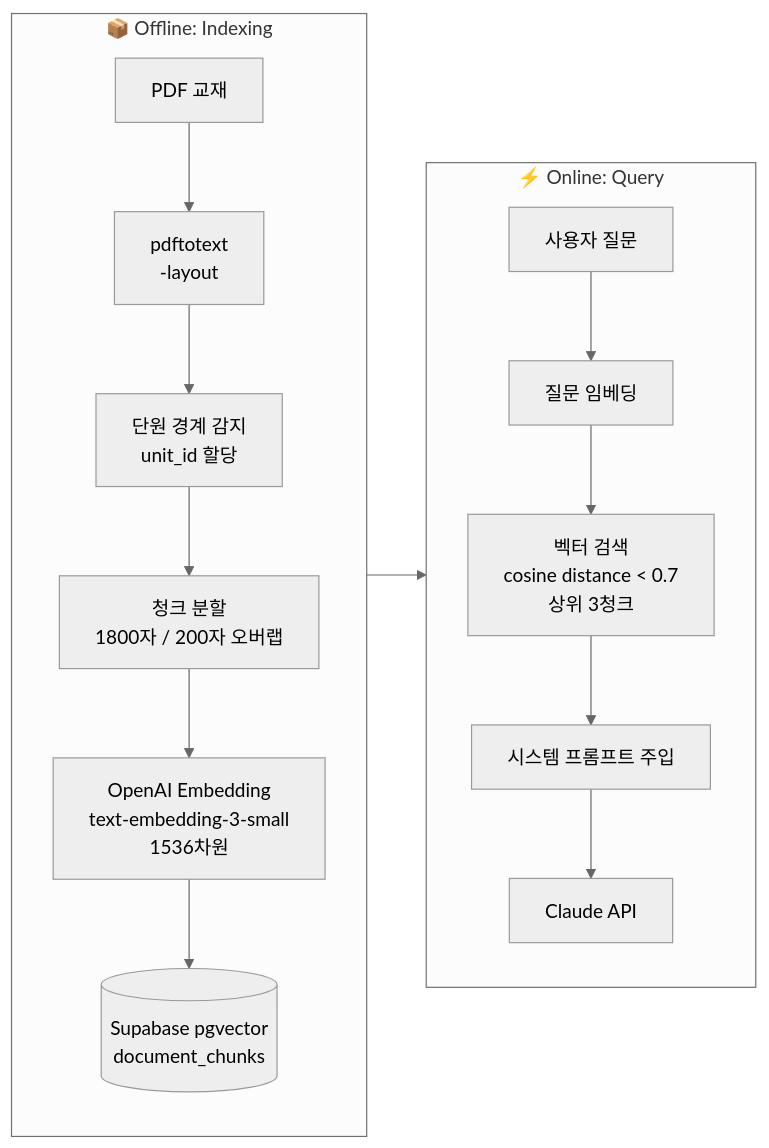
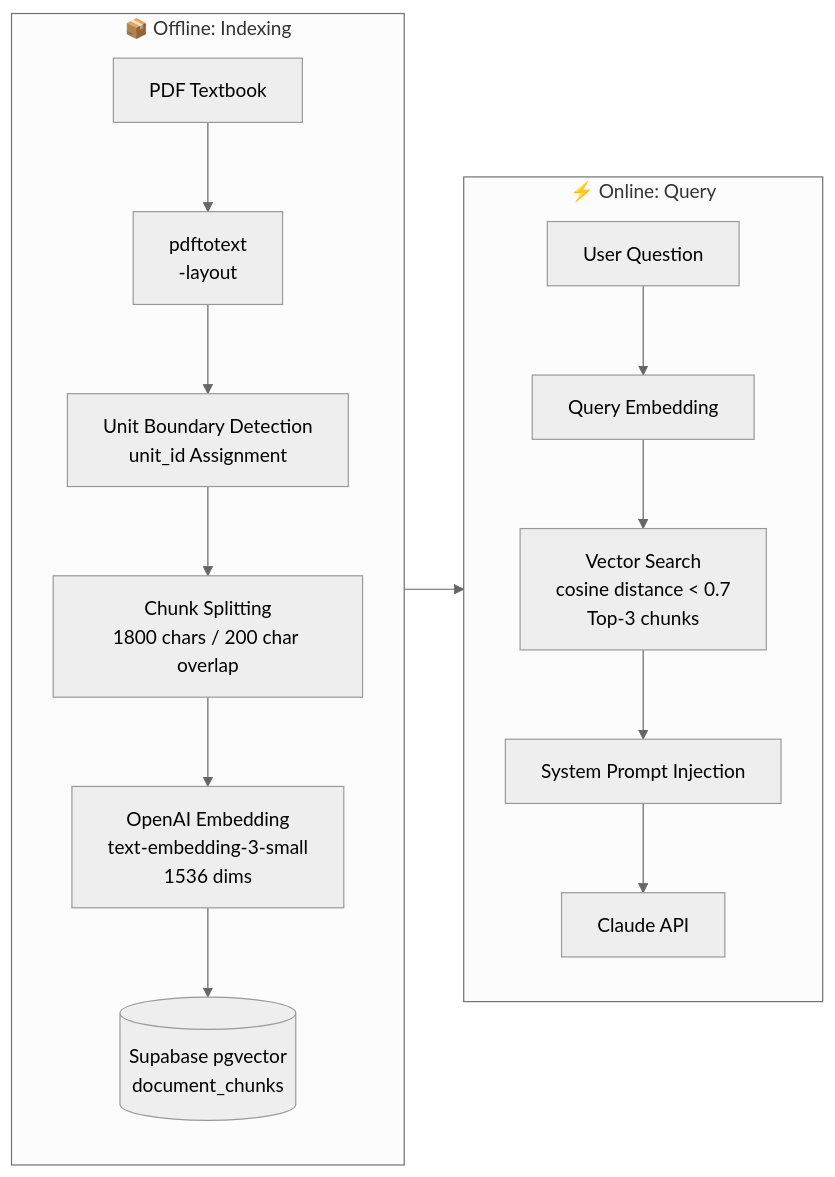
Before and after one commit to JayKim88/AI-LEARNING-NOTE: the first of 5 diagrams in blog/src/content/learnings/2026-02-27-ai-pipeline-patterns-lingua-rag.md, drawn with Mermaid (neutral theme). The commit also changed other lines of this file, not shown here.

First line of the commit message:
fix(blog/content): translate Mermaid diagram labels to English in ai-pipeline-patterns

````diff
--- a/blog/src/content/learnings/2026-02-27-ai-pipeline-patterns-lingua-rag.md
+++ b/blog/src/content/learnings/2026-02-27-ai-pipeline-patterns-lingua-rag.md
@@ -19,21 +19,21 @@
 ```mermaid
 flowchart LR
     subgraph OFFLINE["📦 Offline: Indexing"]
         direction TB
-        PDF[PDF 교재] --> PT[pdftotext\n-layout]
-        PT --> CD[단원 경계 감지\nunit_id 할당]
-        CD --> CH[청크 분할\n1800자 / 200자 오버랩]
-        CH --> EM[OpenAI Embedding\ntext-embedding-3-small\n1536차원]
+        PDF[PDF Textbook] --> PT[pdftotext\n-layout]
+        PT --> CD[Unit Boundary Detection\nunit_id Assignment]
+        CD --> CH[Chunk Splitting\n1800 chars / 200 char overlap]
+        CH --> EM[OpenAI Embedding\ntext-embedding-3-small\n1536 dims]
         EM --> PG[(Supabase pgvector\ndocument_chunks)]
     end
 
     subgraph ONLINE["⚡ Online: Query"]
         direction TB
-        Q[사용자 질문] --> QE[질문 임베딩]
-        QE --> VS[벡터 검색\ncosine distance < 0.7\n상위 3청크]
-        VS --> INJ[시스템 프롬프트 주입]
+        Q[User Question] --> QE[Query Embedding]
+        QE --> VS[Vector Search\ncosine distance < 0.7\nTop-3 chunks]
+        VS --> INJ[System Prompt Injection]
         INJ --> LLM[Claude API]
     end
 
     PG --> VS
 ```
````
